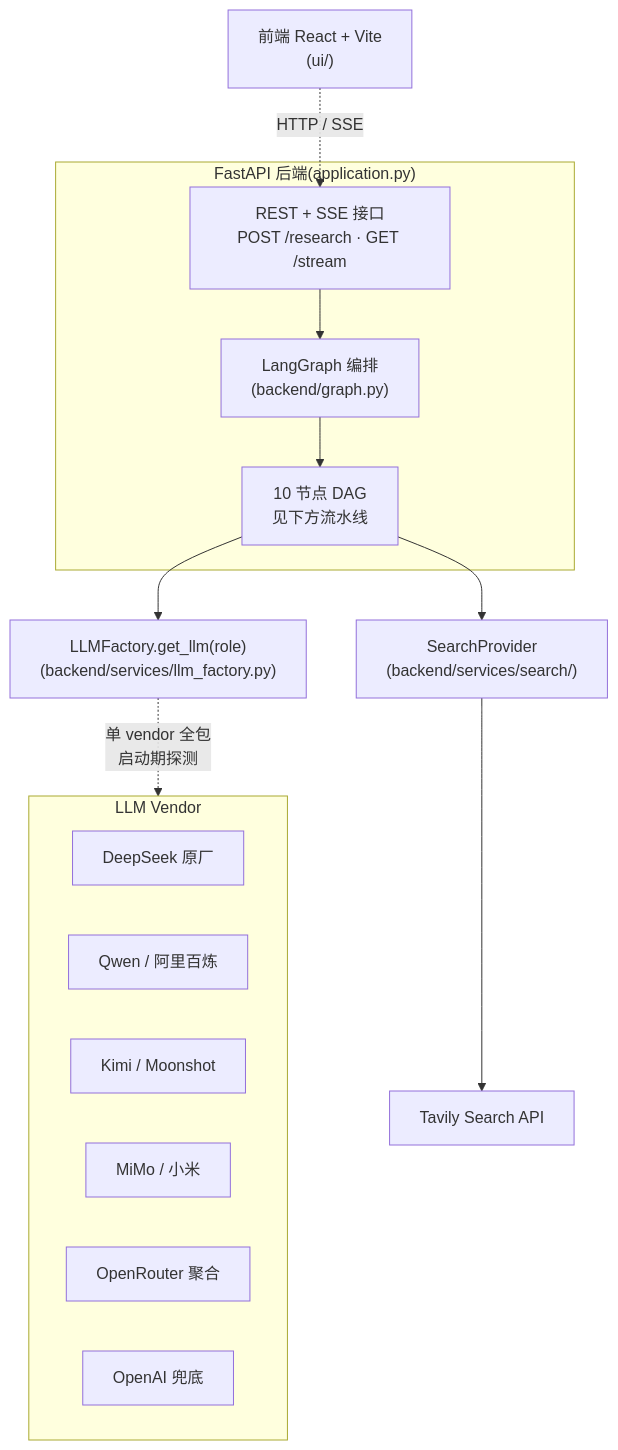
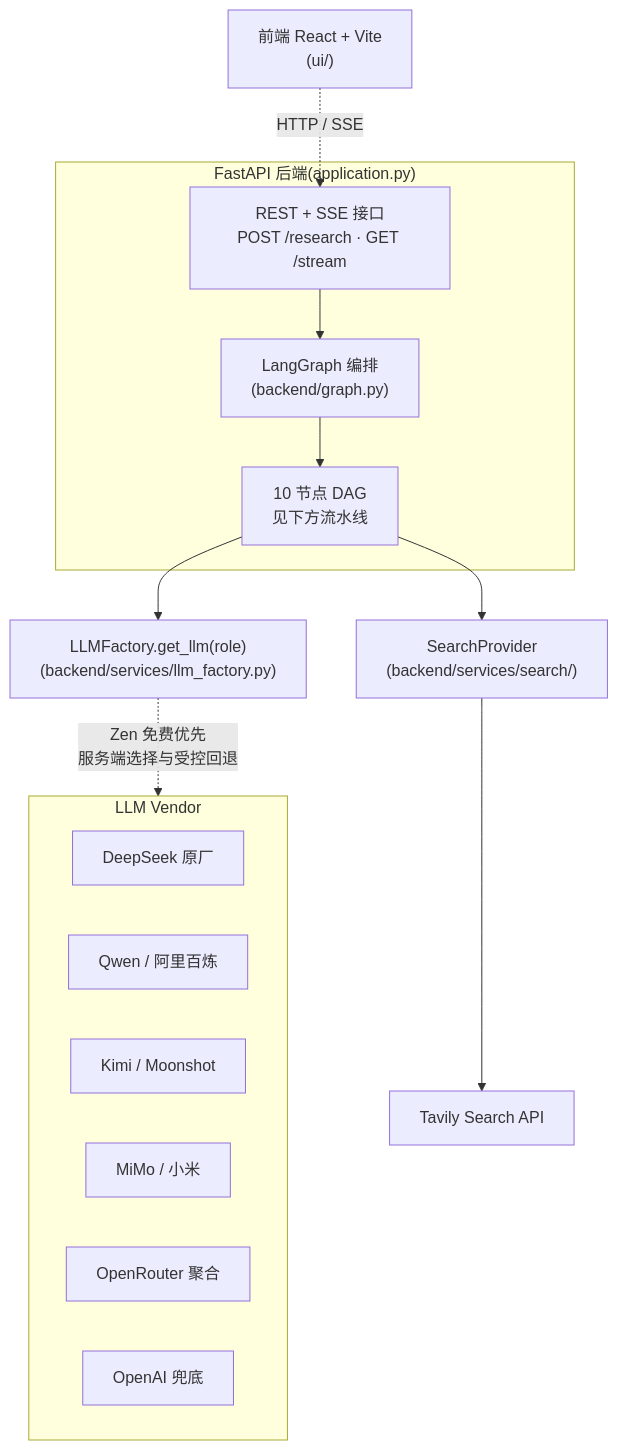
The first of 2 diagrams in README.md (BovmantH/cn-company-research-agent), drawn with Mermaid before and after one commit. The commit also changed other lines of this file and 2 other files, not shown here.

````diff
--- a/README.md
+++ b/README.md
@@ -54,22 +55,22 @@
 ```mermaid
 flowchart TB
     UI["前端 React + Vite<br/>(ui/)"] -.HTTP / SSE.-> API
     subgraph Backend["FastAPI 后端(application.py)"]
         API["REST + SSE 接口<br/>POST /research · GET /stream"]
         Graph["LangGraph 编排<br/>(backend/graph.py)"]
         API --> Graph
         Graph --> Pipeline["10 节点 DAG<br/>见下方流水线"]
     end
     Pipeline --> LLM["LLMFactory.get_llm(role)<br/>(backend/services/llm_factory.py)"]
     Pipeline --> Search["SearchProvider<br/>(backend/services/search/)"]
-    LLM -.单 vendor 全包<br/>启动期探测.-> Vendors
+    LLM -.Zen 免费优先<br/>服务端选择与受控回退.-> Vendors
     Search --> Tavily[Tavily Search API]
     subgraph Vendors["LLM Vendor"]
         D[DeepSeek 原厂]
         Q[Qwen / 阿里百炼]
         K[Kimi / Moonshot]
         M[MiMo / 小米]
         OR[OpenRouter 聚合]
         OAI[OpenAI 兜底]
     end
 ```
````
